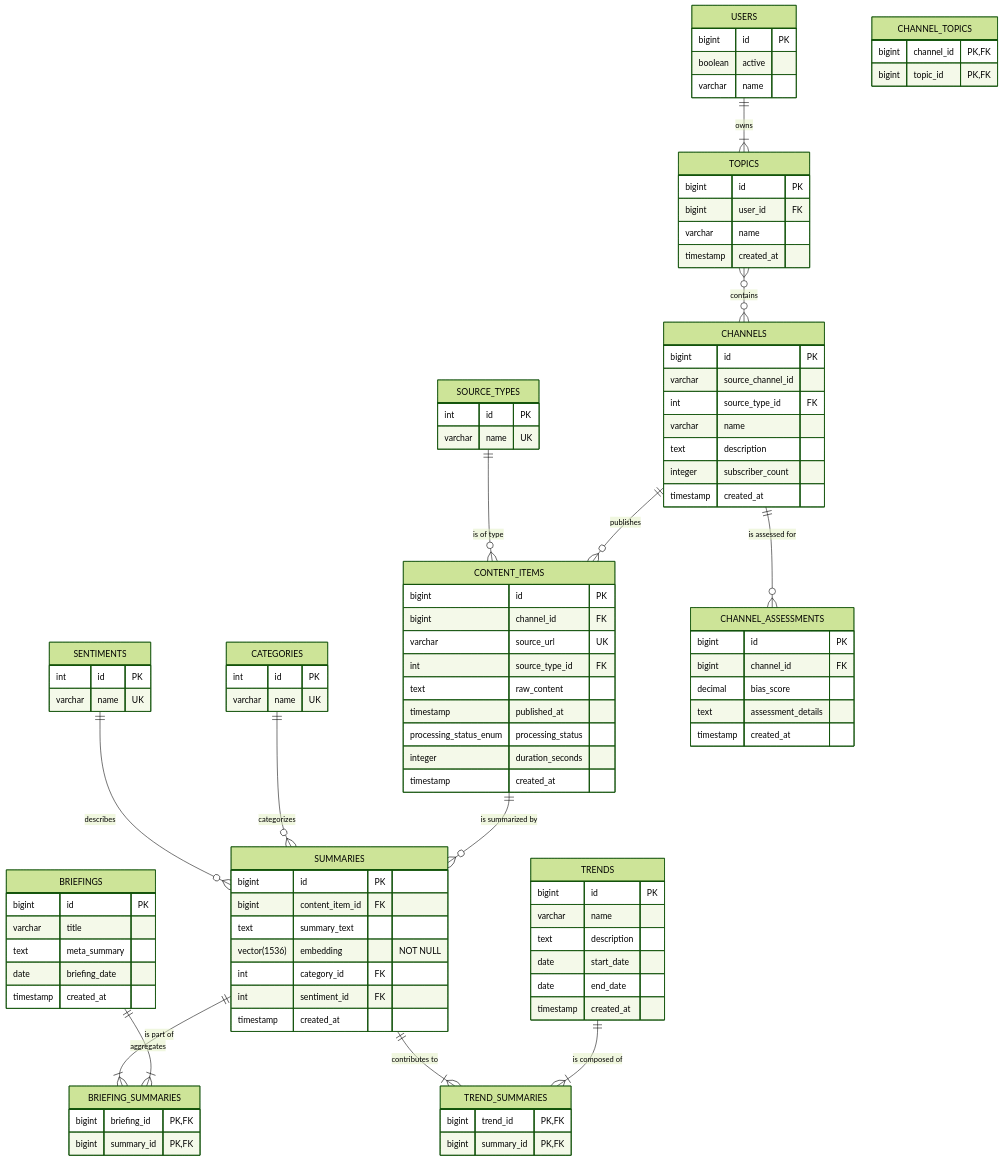
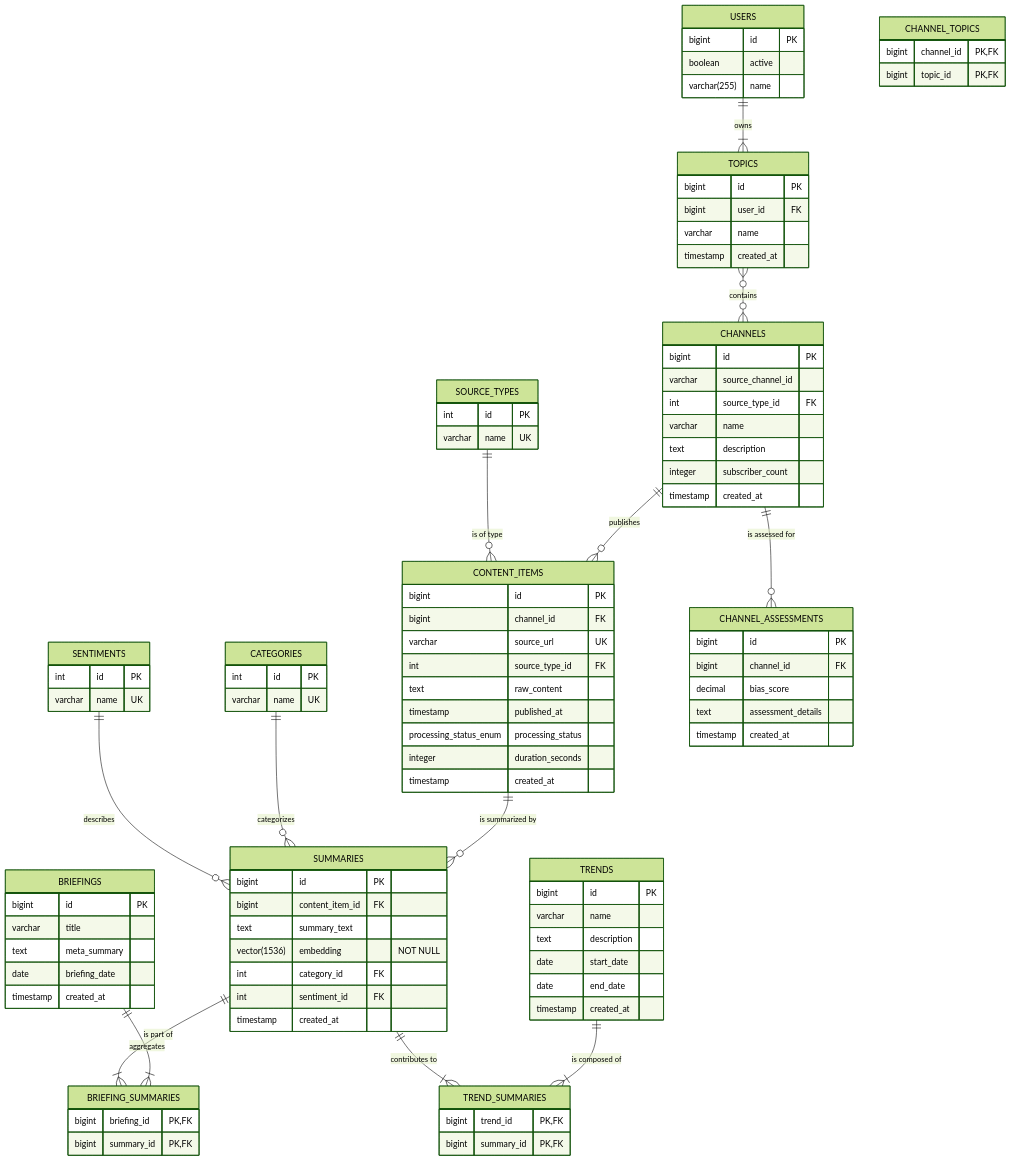
One commit to sjuresa/povzetkar changed the diagram in docs/sdlc/04_database_design.md. Above: the diagram before and after it, drawn with Mermaid (forest theme). The commit also changed other lines of this file and 1 other file, not shown here.

Commit message:
feat: Update foreign key constraint
POV-58

```diff
--- a/docs/sdlc/04_database_design.md
+++ b/docs/sdlc/04_database_design.md
@@ -38,7 +38,7 @@
     USERS {
         bigint id PK
         boolean active
-        varchar name
+        varchar(255) name
     }
 
     TOPICS {
```
